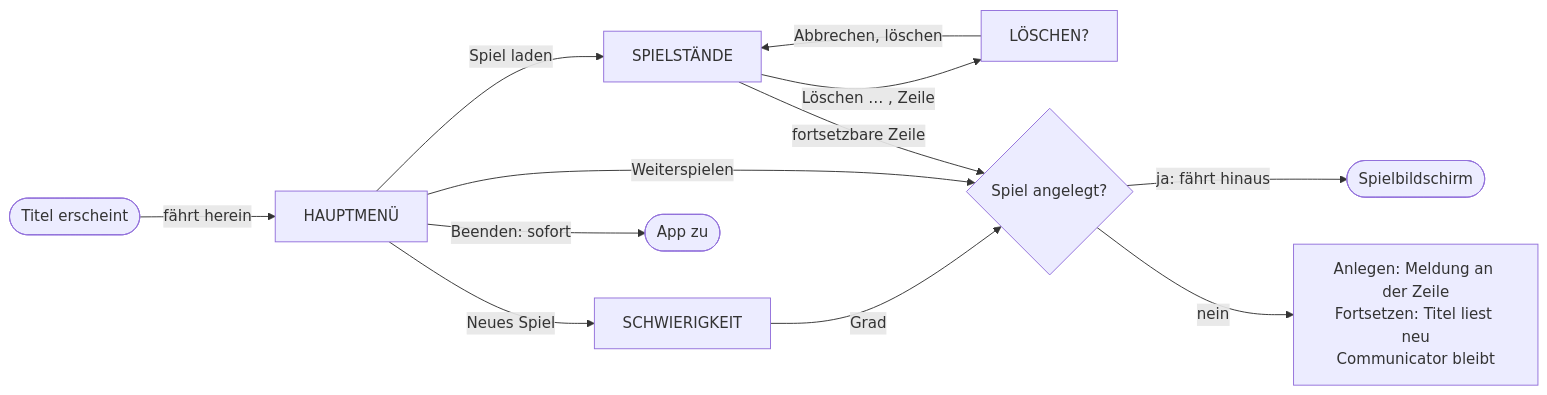
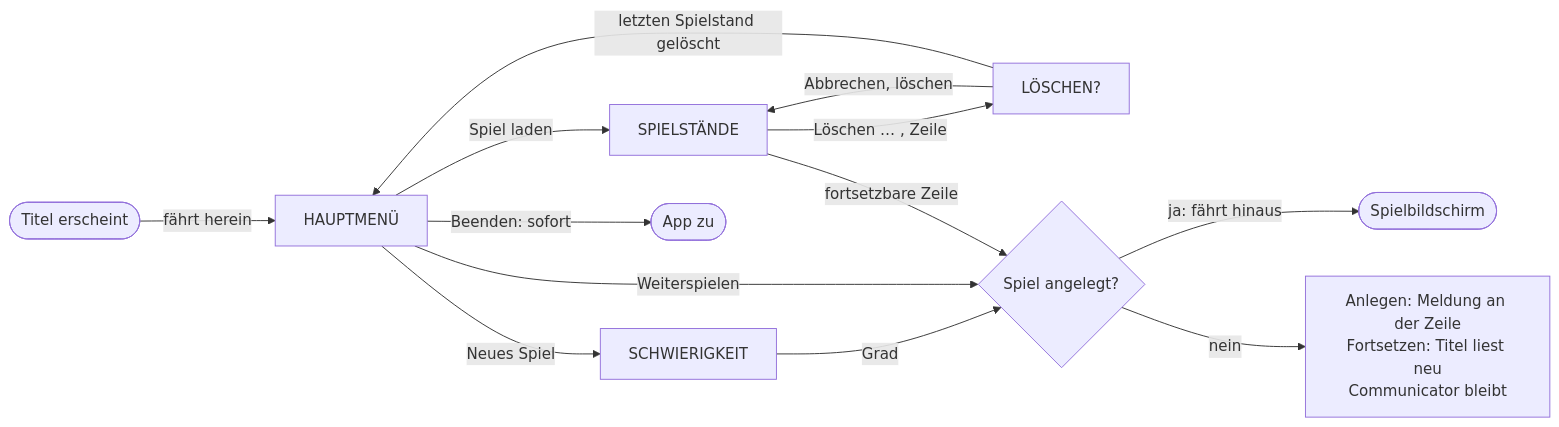
The second of 2 diagrams in specs/005-communicator/data-model.md (klausmoster/DerComputerladen), drawn with Mermaid before and after one commit. The commit also changed other lines of this file and 9 other files, not shown here.

````diff
--- a/specs/005-communicator/data-model.md
+++ b/specs/005-communicator/data-model.md
@@ -53,14 +53,15 @@
 ```mermaid
 flowchart LR
     A(["Titel erscheint"]) -->|"fährt herein"| H["HAUPTMENÜ"]
     H -->|"Neues Spiel"| G["SCHWIERIGKEIT"]
     H -->|"Spiel laden"| L["SPIELSTÄNDE"]
     L -->|"Löschen … , Zeile"| R["LÖSCHEN?"]
     R -->|"Abbrechen, löschen"| L
+    R -->|"letzten Spielstand gelöscht"| H
     G -->|"Grad"| X{"Spiel angelegt?"}
     H -->|"Weiterspielen"| X
     L -->|"fortsetzbare Zeile"| X
     X -->|"ja: fährt hinaus"| S(["Spielbildschirm"])
     X -->|"nein"| M["Anlegen: Meldung an der Zeile<br/>Fortsetzen: Titel liest neu<br/>Communicator bleibt"]
     H -->|"Beenden: sofort"| E(["App zu"])
 ```
````
